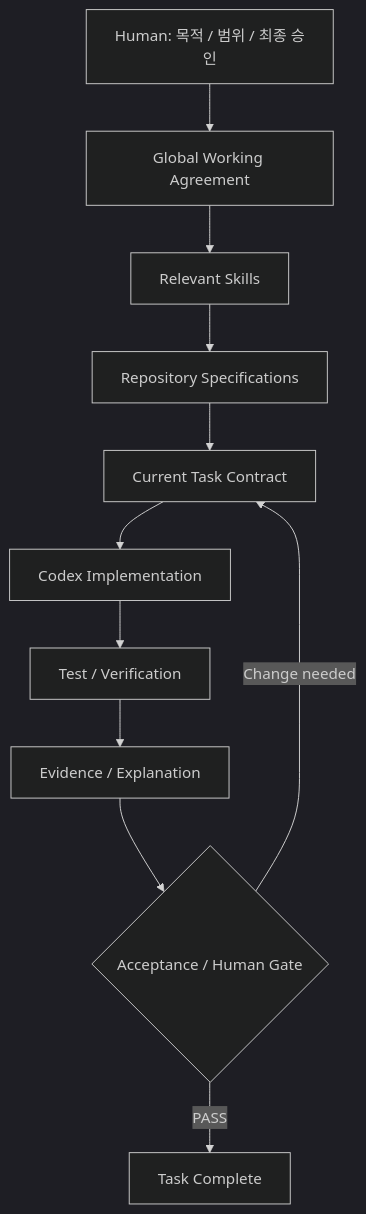
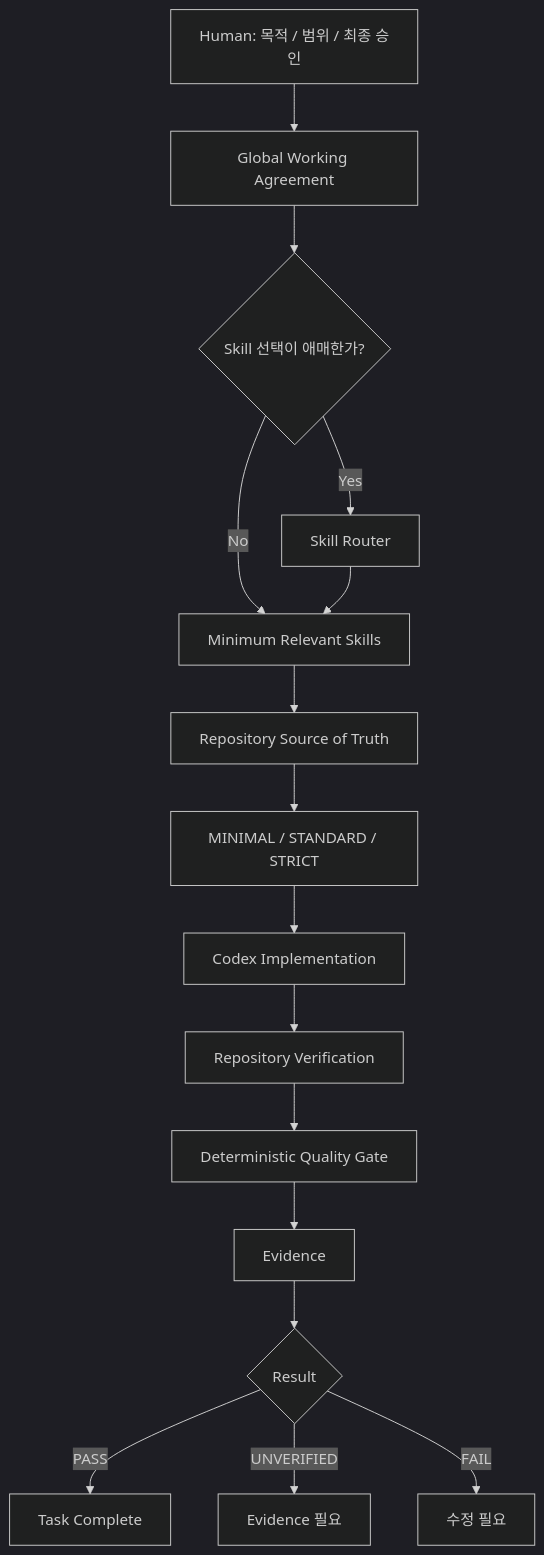
Before and after one commit to tmdgns104/codex-ai-agent-playbook: the diagram in docs/HOW_IT_WORKS.md, drawn with Mermaid (dark theme). The commit also changed other lines of this file and 6 other files, not shown here.

````diff
--- a/docs/HOW_IT_WORKS.md
+++ b/docs/HOW_IT_WORKS.md
@@ -83,23 +144,31 @@
 ```mermaid
 flowchart TD
     H[Human: 목적 / 범위 / 최종 승인]
     G[Global Working Agreement]
-    S[Relevant Skills]
-    R[Repository Specifications]
-    T[Current Task Contract]
+    Q{Skill 선택이 애매한가?}
+    SR[Skill Router]
+    S[Minimum Relevant Skills]
+    R[Repository Source of Truth]
+    P[MINIMAL / STANDARD / STRICT]
     C[Codex Implementation]
-    V[Test / Verification]
-    E[Evidence / Explanation]
-    Gate{Acceptance / Human Gate}
+    V[Repository Verification]
+    D[Deterministic Quality Gate]
+    E[Evidence]
+    O{Result}
 
     H --> G
-    G --> S
+    G --> Q
+    Q -->|Yes| SR
+    Q -->|No| S
+    SR --> S
     S --> R
-    R --> T
-    T --> C
+    R --> P
+    P --> C
     C --> V
-    V --> E
-    E --> Gate
-    Gate -->|PASS| Done[Task Complete]
-    Gate -->|Change needed| T
+    V --> D
+    D --> E
+    E --> O
+    O -->|PASS| Done[Task Complete]
+    O -->|UNVERIFIED| Need[Evidence 필요]
+    O -->|FAIL| Fix[수정 필요]
 ```
````
